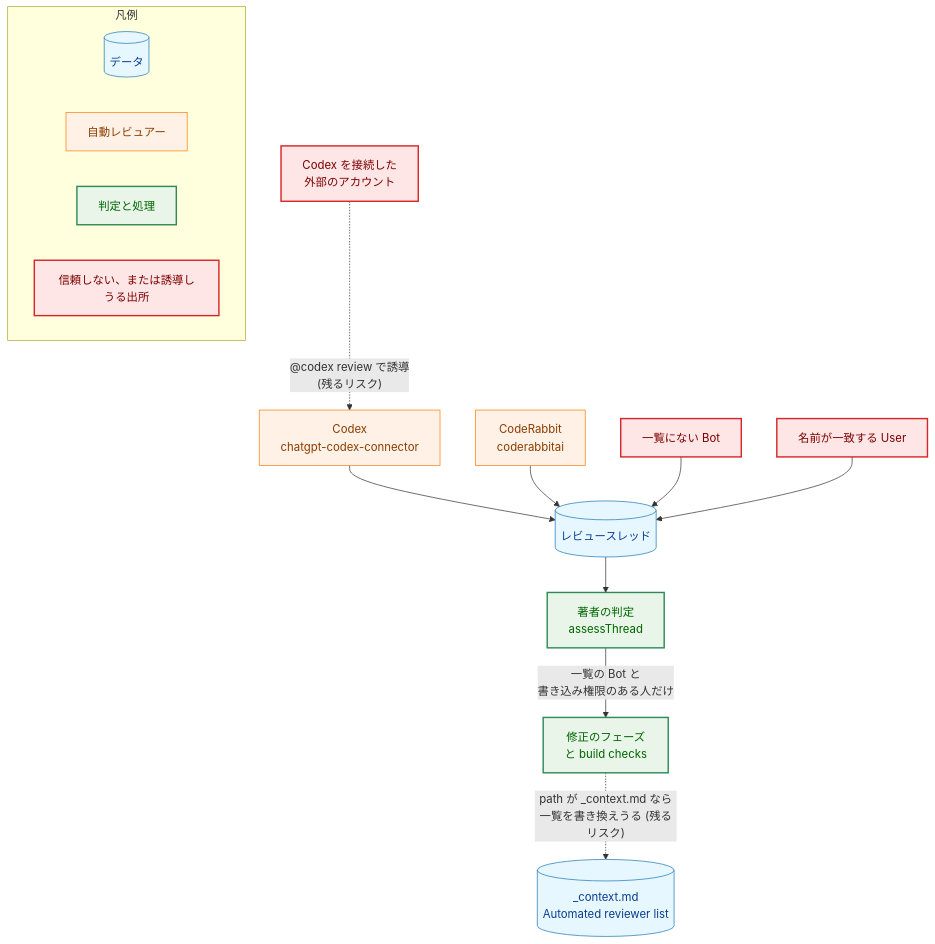
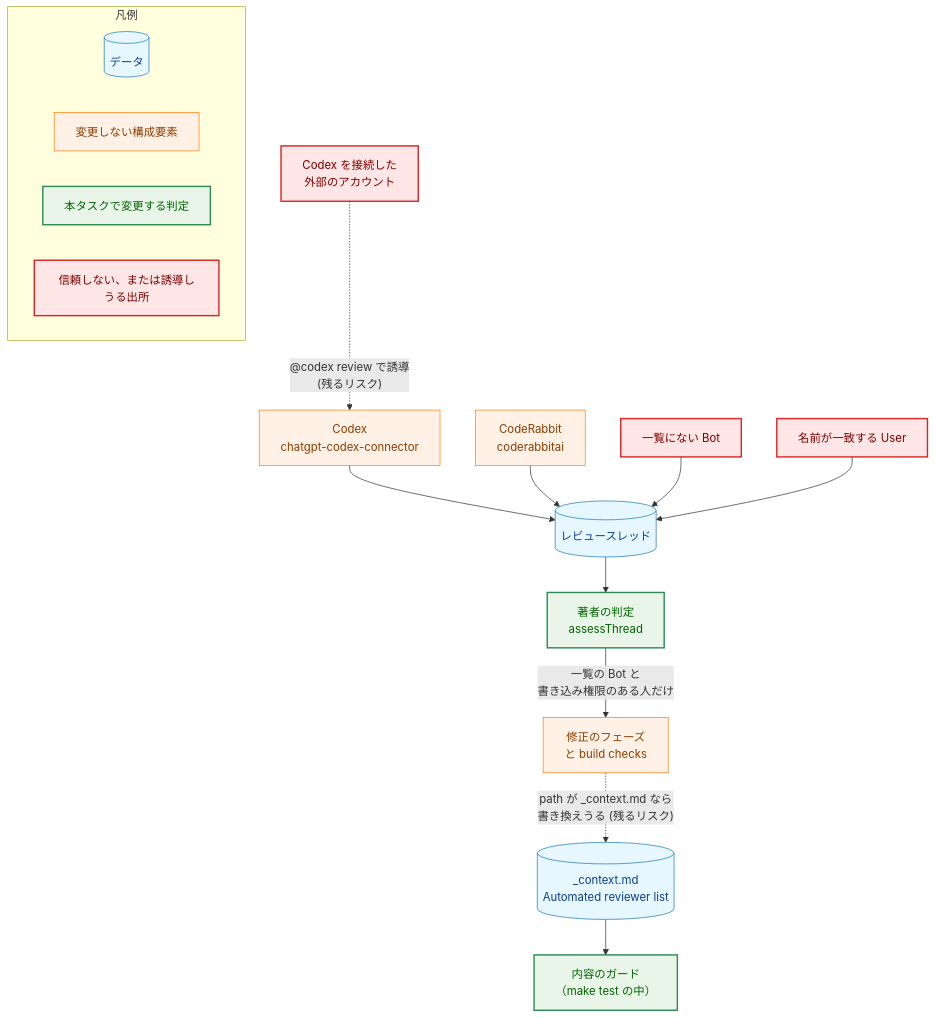
Before and after one commit to isseis/yt2column: the fourth of 6 diagrams in docs/tasks/0033_multiple_trusted_reviewers/02_architecture.md, drawn with Mermaid. The commit also changed other lines of this file, not shown here.

First line of the commit message:
docs(0033): address architecture review findings

````diff
--- a/docs/tasks/0033_multiple_trusted_reviewers/02_architecture.md
+++ b/docs/tasks/0033_multiple_trusted_reviewers/02_architecture.md
@@ -355,42 +369,44 @@
 ```mermaid
 flowchart TD
     classDef data fill:#e6f7ff,stroke:#1f77b4,stroke-width:1px,color:#0b3d91;
     classDef process fill:#fff1e6,stroke:#ff7f0e,stroke-width:1px,color:#8a3e00;
     classDef enhanced fill:#e8f5e8,stroke:#2e8b57,stroke-width:2px,color:#006400;
     classDef problem fill:#ffe6e6,stroke:#d62728,stroke-width:2px,color:#7b0000;
 
     EXT["Codex を接続した<br>外部のアカウント"]
     OBOT["一覧にない Bot"]
     UNAME["名前が一致する User"]
     CX["Codex<br>chatgpt-codex-connector"]
     CR["CodeRabbit<br>coderabbitai"]
     TH[("レビュースレッド")]
     J["著者の判定<br>assessThread"]
     FIX["修正のフェーズ<br>と build checks"]
     CTX[("_context.md<br>Automated reviewer list")]
+    GUARD["内容のガード<br>（make test の中）"]
 
     EXT -.->|"@codex review で誘導<br>(残るリスク)"| CX
     CX --> TH
     CR --> TH
     OBOT --> TH
     UNAME --> TH
     TH --> J
     J -->|"一覧の Bot と<br>書き込み権限のある人だけ"| FIX
-    FIX -.->|"path が _context.md なら<br>一覧を書き換えうる (残るリスク)"| CTX
+    FIX -.->|"path が _context.md なら<br>書き換えうる (残るリスク)"| CTX
+    CTX --> GUARD
 
     class EXT,OBOT,UNAME problem
-    class CX,CR process
+    class CX,CR,FIX process
     class TH,CTX data
-    class J,FIX enhanced
+    class J,GUARD enhanced
 
     subgraph Legend["凡例"]
         LG1[("データ")]
-        LG2["自動レビュアー"]
-        LG3["判定と処理"]
+        LG2["変更しない構成要素"]
+        LG3["本タスクで変更する判定"]
         LG4["信頼しない、または誘導しうる出所"]
     end
     class LG1 data
     class LG2 process
     class LG3 enhanced
     class LG4 problem
 ```
````
